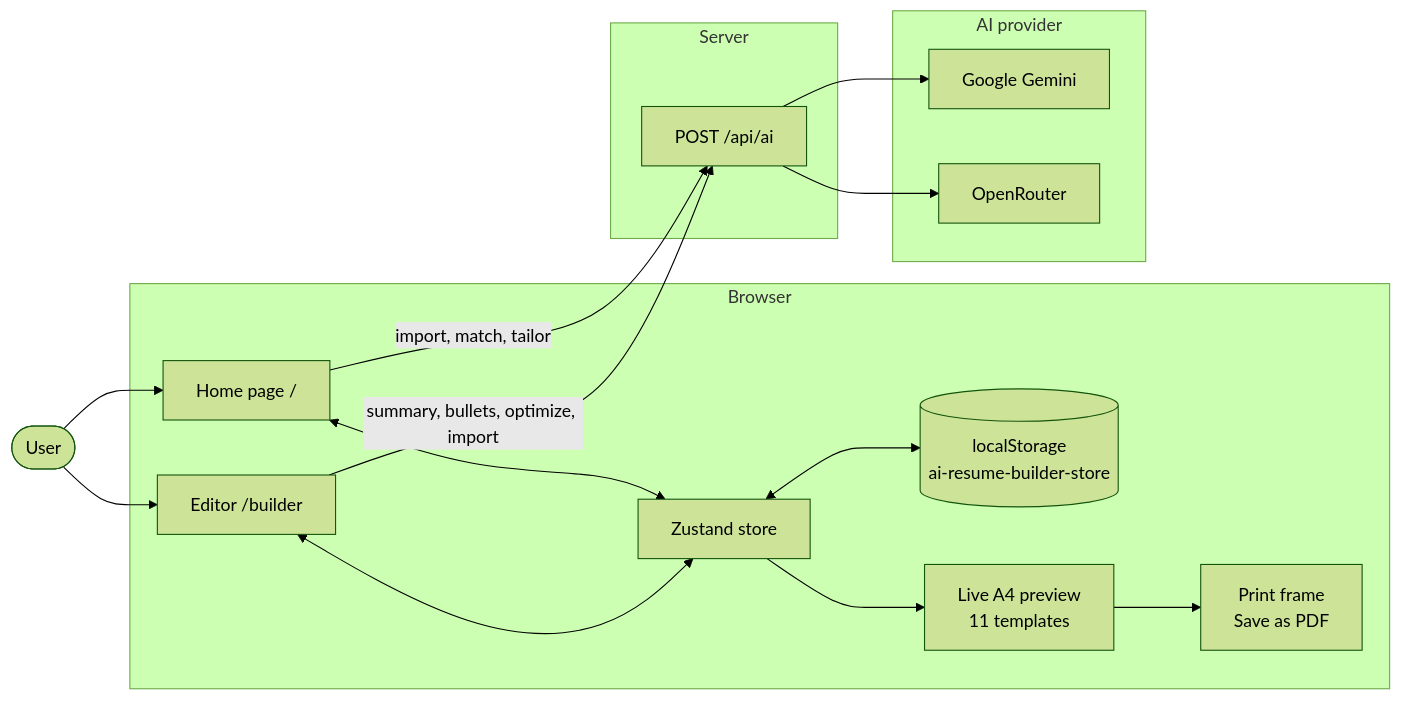
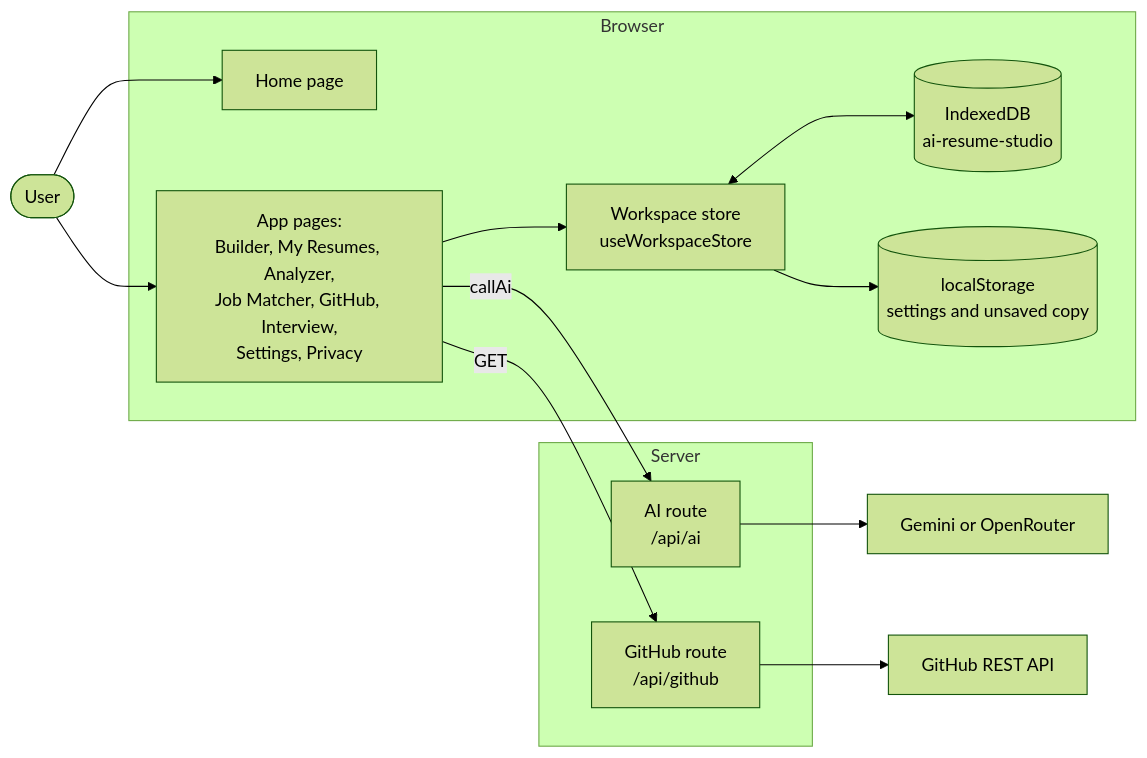
Before and after one commit to silent-coder-dev/ai-resume-builder: the first of 30 diagrams in doc/04-FLOWCHARTS.md, drawn with Mermaid (forest theme). The commit also changed other lines of this file and 122 other files, not shown here.

Commit message:
adding more feature like resume analyzer with ai and interview preparation, in future more thing should be added it just a temporaray thing

````diff
--- a/doc/04-FLOWCHARTS.md
+++ b/doc/04-FLOWCHARTS.md
@@ -43,33 +68,27 @@
 ```mermaid
 flowchart LR
-    U(["User"]) --> HOME["Home page /"]
-    U --> ED["Editor /builder"]
+    U(["User"]) --> HOME["Home page"]
+    U --> APP["App pages:<br/>Builder, My Resumes, Analyzer,<br/>Job Matcher, GitHub, Interview,<br/>Settings, Privacy"]
 
     subgraph Browser
         HOME
-        ED
-        STORE["Zustand store"]
-        LS[("localStorage<br/>ai-resume-builder-store")]
-        PREVIEW["Live A4 preview<br/>11 templates"]
-        PDF["Print frame<br/>Save as PDF"]
+        APP
+        STORE["Workspace store<br/>useWorkspaceStore"]
+        DB[("IndexedDB<br/>ai-resume-studio")]
+        LS[("localStorage<br/>settings and unsaved copy")]
     end
 
+    APP --> STORE
+    STORE <--> DB
+    STORE --> LS
+
     subgraph Server
-        API["POST /api/ai"]
+        AI["AI route<br/>/api/ai"]
+        GH["GitHub route<br/>/api/github"]
     end
 
-    subgraph AIProvider["AI provider"]
-        GEM["Google Gemini"]
-        OR["OpenRouter"]
-    end
-
-    HOME <--> STORE
-    ED <--> STORE
-    STORE <--> LS
-    STORE --> PREVIEW
-    PREVIEW --> PDF
-    HOME -- "import, match, tailor" --> API
-    ED -- "summary, bullets, optimize, import" --> API
-    API --> GEM
-    API --> OR
+    APP -->|"callAi"| AI
+    APP -->|"GET"| GH
+    AI --> PROV["Gemini or OpenRouter"]
+    GH --> GHAPI["GitHub REST API"]
 ```
````
